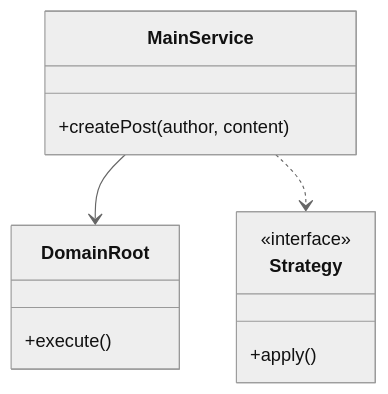
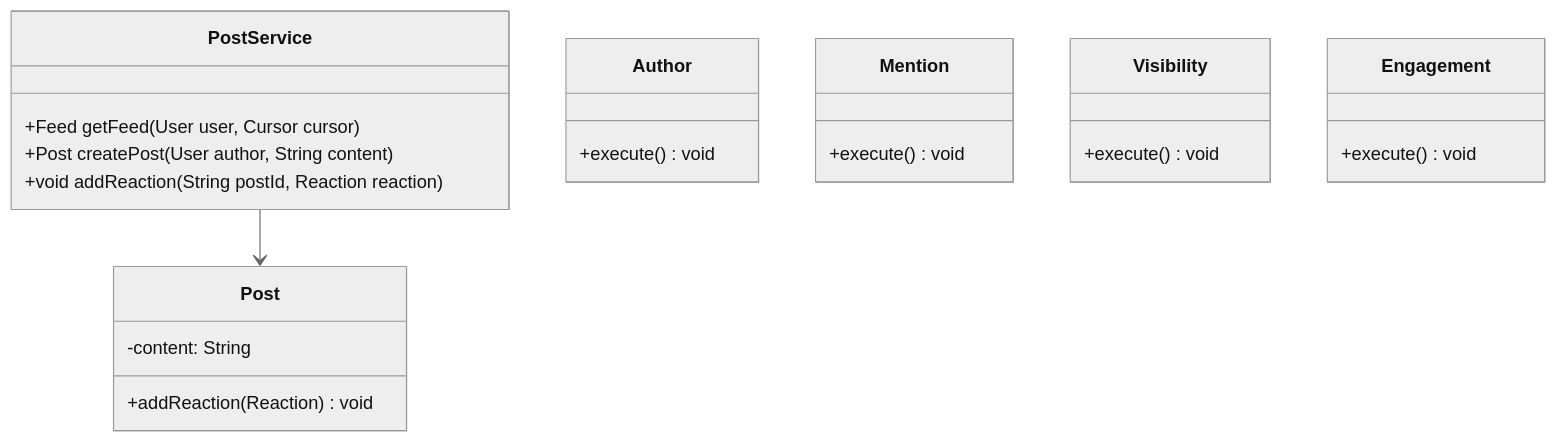
Before and after one commit to madhupaila/Interview-Prep-SSE: the first of 3 diagrams in Learn/System Design - Low Level Design/02-classic-ood/questions/Q59-linkedin-post.md, drawn with Mermaid (neutral theme). The commit also changed other lines of this file and 491 other files, not shown here.

````diff
--- a/Learn/System Design - Low Level Design/02-classic-ood/questions/Q59-linkedin-post.md
+++ b/Learn/System Design - Low Level Design/02-classic-ood/questions/Q59-linkedin-post.md
@@ -75,15 +92,25 @@
 ```mermaid
 classDiagram
-    class MainService {
-        +createPost(author, content)
+    class PostService {
+        +Feed getFeed(User user, Cursor cursor)
+        +Post createPost(User author, String content)
+        +void addReaction(String postId, Reaction reaction)
     }
-    class DomainRoot {
-        +execute()
+    class Post {
+        -content: String
+        +addReaction(Reaction) void
     }
-    class Strategy {
-        <<interface>>
-        +apply()
+    class Author {
+        +execute() void
     }
-    MainService --> DomainRoot
-    MainService ..> Strategy
+    class Mention {
+        +execute() void
+    }
+    class Visibility {
+        +execute() void
+    }
+    class Engagement {
+        +execute() void
+    }
+    PostService --> Post
 ```
````
